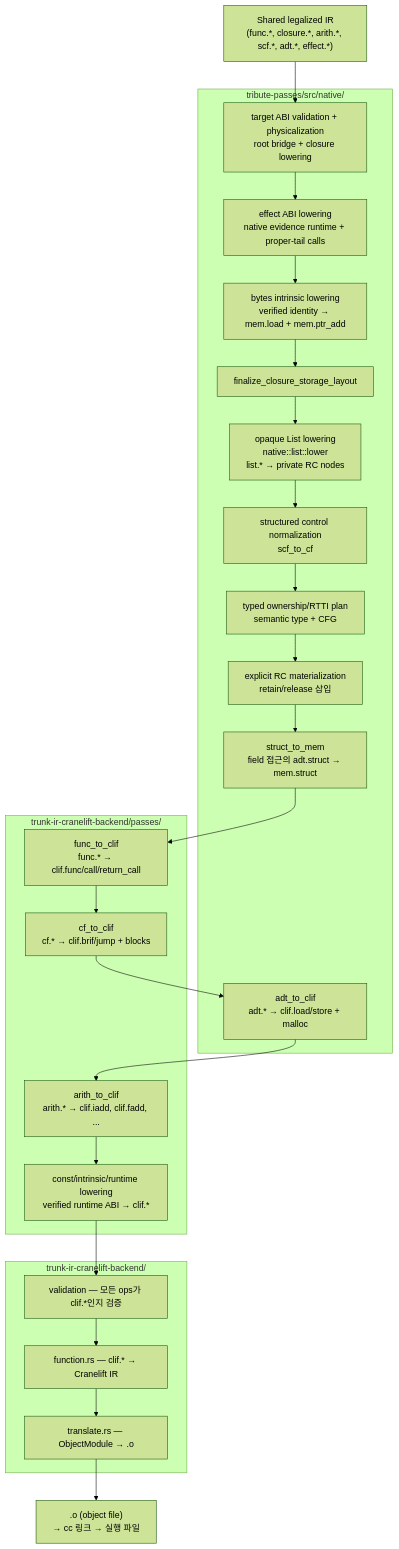
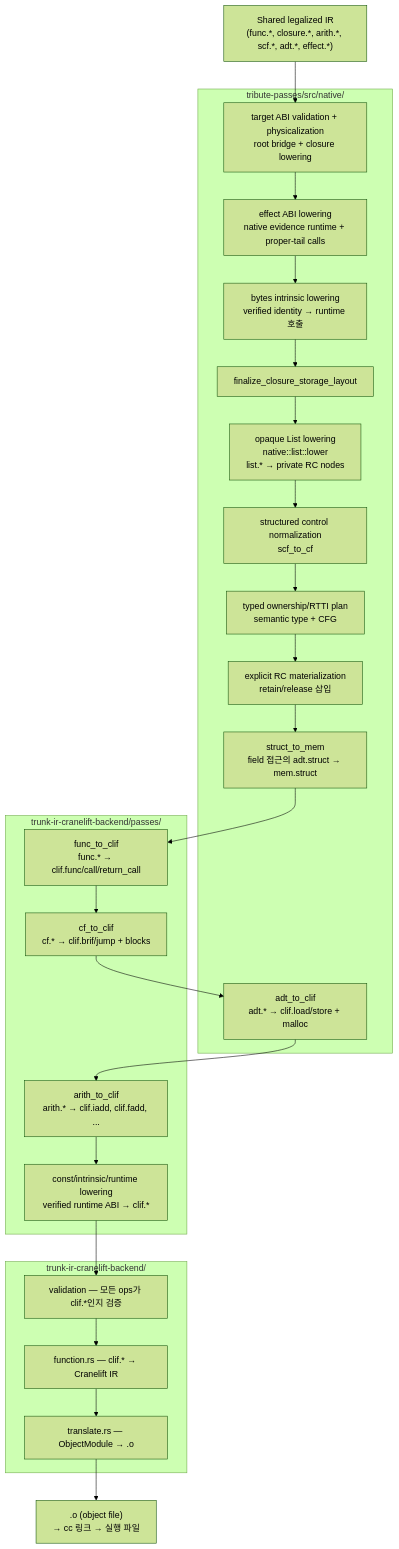
One commit to Kroisse/tribute changed the second of 2 diagrams in new-plans/cranelift-backend.md. Above: the diagram before and after it, drawn with Mermaid (forest theme). The commit also changed 11 other files, not shown here.

First line of the commit message:
fix(runtime): free the bytes of a native Bytes with the value that stores them (#1427)

````diff
--- a/new-plans/cranelift-backend.md
+++ b/new-plans/cranelift-backend.md
@@ -86,36 +86,36 @@
 ```mermaid
 flowchart TB
     input["Shared legalized IR\n(func.*, closure.*, arith.*, scf.*, adt.*, effect.*)"]
 
     subgraph native_passes["tribute-passes/src/native/"]
         abi["target ABI validation + physicalization\nroot bridge + closure lowering"]
         effect["effect ABI lowering\nnative evidence runtime + proper-tail calls"]
-        bytes["bytes intrinsic lowering\nverified identity → mem.load + mem.ptr_add"]
+        bytes["bytes intrinsic lowering\nverified identity → runtime 호출"]
         storage["finalize_closure_storage_layout"]
         list_lower["opaque List lowering\nnative::list::lower\nlist.* → private RC nodes"]
         cfg["structured control normalization\nscf_to_cf"]
         rc_plan["typed ownership/RTTI plan\nsemantic type + CFG"]
         rc_pass["explicit RC materialization\nretain/release 삽입"]
         structural["struct_to_mem\nfield 접근의 adt.struct → mem.struct"]
         adt["adt_to_clif\nadt.* → clif.load/store + malloc"]
     end
 
     subgraph clif_passes["trunk-ir-cranelift-backend/passes/"]
         arith["arith_to_clif\narith.* → clif.iadd, clif.fadd, ..."]
         cf["cf_to_clif\ncf.* → clif.brif/jump + blocks"]
         func["func_to_clif\nfunc.* → clif.func/call/return_call"]
         intrinsic["const/intrinsic/runtime lowering\nverified runtime ABI → clif.*"]
     end
 
     subgraph emit["trunk-ir-cranelift-backend/"]
         validate["validation — 모든 ops가 clif.*인지 검증"]
         codegen["function.rs — clif.* → Cranelift IR"]
         obj["translate.rs — ObjectModule → .o"]
     end
 
     output[".o (object file)\n→ cc 링크 → 실행 파일"]
 
     input --> abi --> effect --> bytes --> storage --> list_lower --> cfg --> rc_plan --> rc_pass
     rc_pass --> structural --> func --> cf --> adt --> arith --> intrinsic
     intrinsic --> validate --> codegen --> obj --> output
 ```
````
